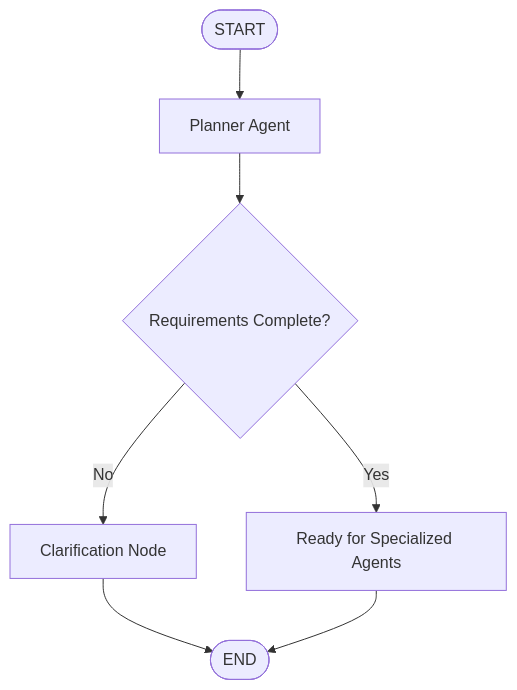
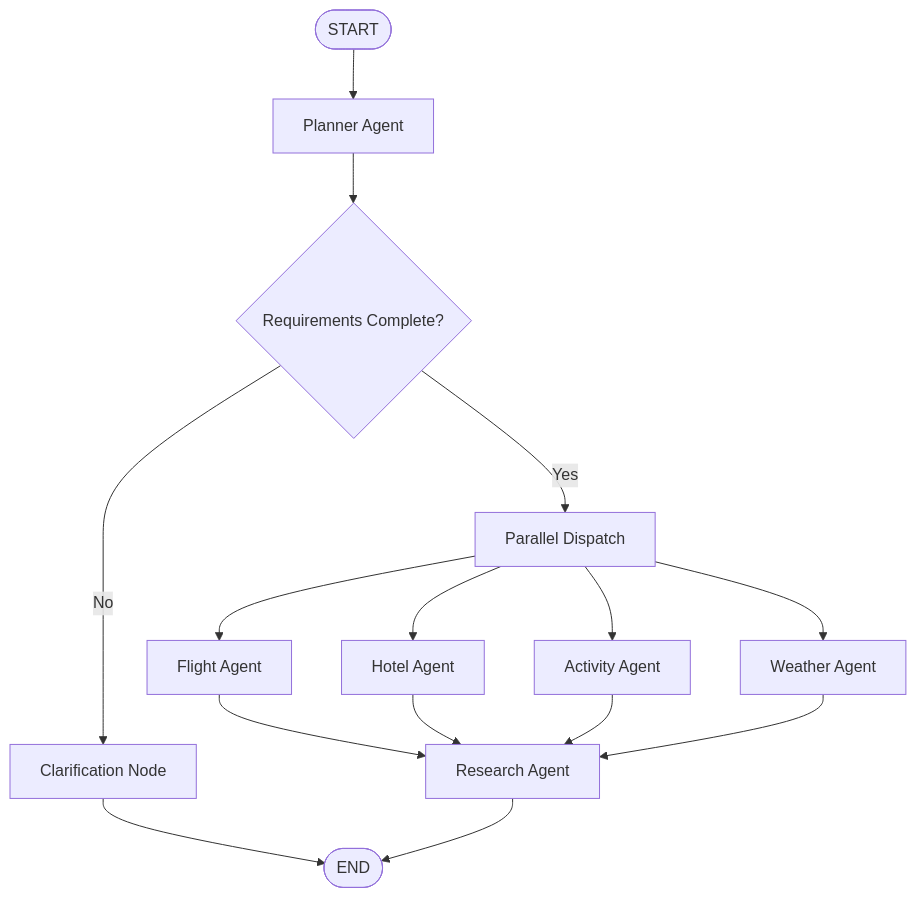
The third of 6 diagrams in ARCHITECTURE.md (codingsexpert/multi-agent-travel-intelligence-platform), drawn with Mermaid before and after one commit. The commit also changed other lines of this file and 28 other files, not shown here.

Commit message:
feat: add specialized travel agents

````diff
--- a/ARCHITECTURE.md
+++ b/ARCHITECTURE.md
@@ -134,9 +134,17 @@
 ```mermaid
 graph TD
     START([START]) --> Planner[Planner Agent]
     Planner --> Check{Requirements Complete?}
     Check -- No --> Clarification[Clarification Node]
-    Check -- Yes --> Ready[Ready for Specialized Agents]
     Clarification --> END([END])
-    Ready --> END([END])
+    Check -- Yes --> FanOut[Parallel Dispatch]
+    FanOut --> Flight[Flight Agent]
+    FanOut --> Hotel[Hotel Agent]
+    FanOut --> Activity[Activity Agent]
+    FanOut --> Weather[Weather Agent]
+    Flight --> Research[Research Agent]
+    Hotel --> Research
+    Activity --> Research
+    Weather --> Research
+    Research --> END([END])
 ```
````
